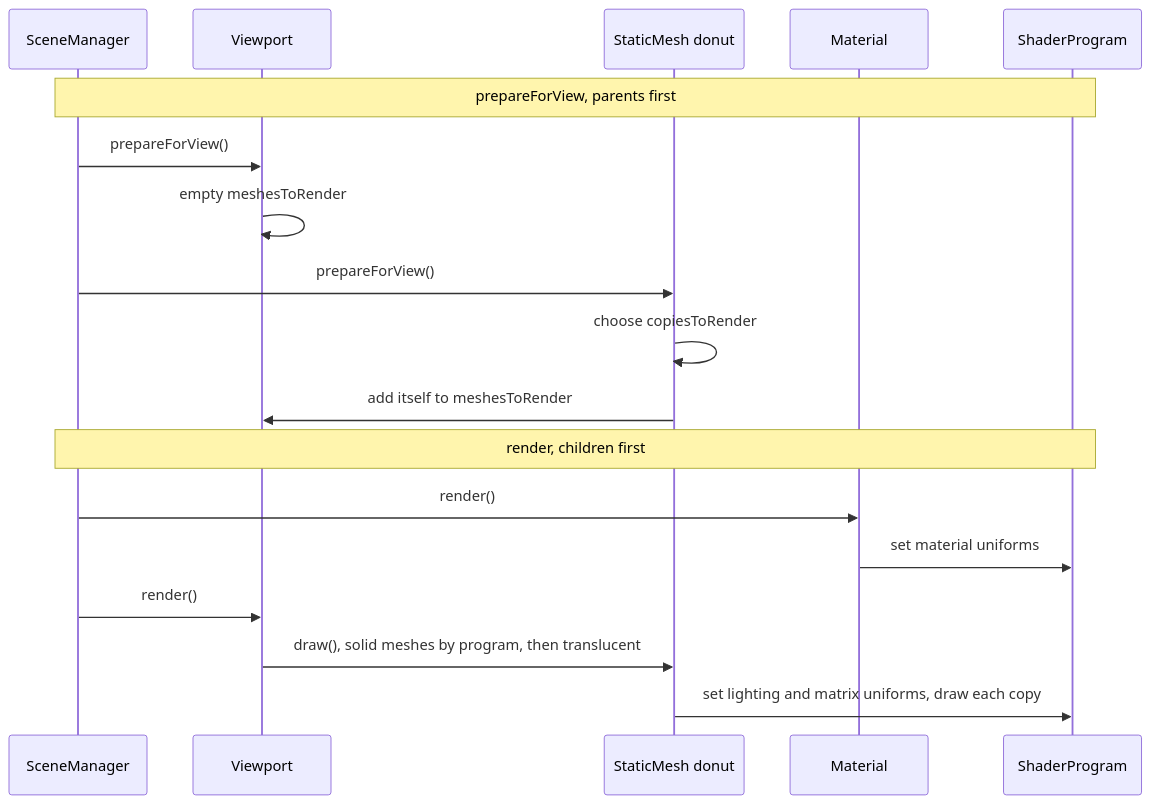
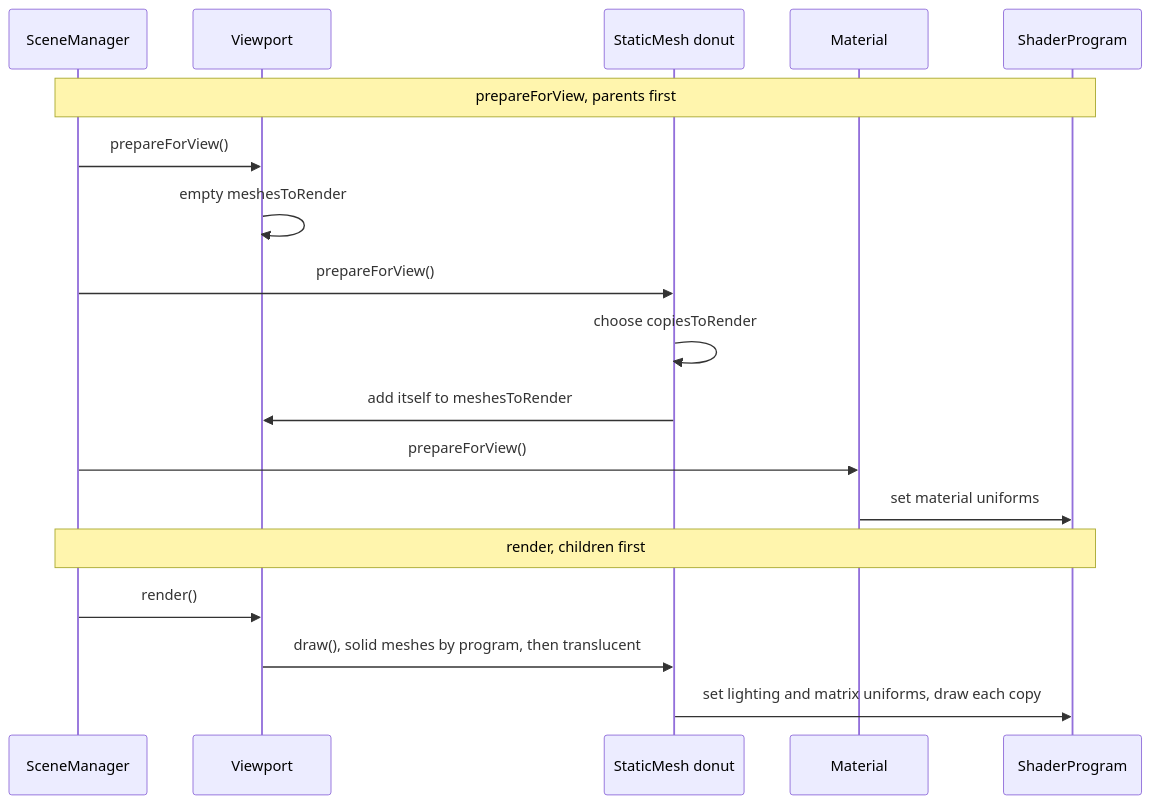
One commit to MiguelCastillo/scenic changed the second of 2 diagrams in README.md. Above: the diagram before and after it, drawn with Mermaid. The commit also changed other lines of this file and 8 other files, not shown here.

First line of the commit message:
Set up for drawing in prepareForView, rather than in render

````diff
--- a/README.md
+++ b/README.md
@@ -1078,22 +1079,22 @@
 ```mermaid
 sequenceDiagram
   participant SM as SceneManager
   participant VP as Viewport
   participant Mesh as StaticMesh donut
   participant Mat as Material
   participant SP as ShaderProgram
 
   Note over SM,SP: prepareForView, parents first
   SM->>VP: prepareForView()
   VP->>VP: empty meshesToRender
   SM->>Mesh: prepareForView()
   Mesh->>Mesh: choose copiesToRender
   Mesh->>VP: add itself to meshesToRender
+  SM->>Mat: prepareForView()
+  Mat->>SP: set material uniforms
 
   Note over SM,SP: render, children first
-  SM->>Mat: render()
-  Mat->>SP: set material uniforms
   SM->>VP: render()
   VP->>Mesh: draw(), solid meshes by program, then translucent
   Mesh->>SP: set lighting and matrix uniforms, draw each copy
 ```
````
